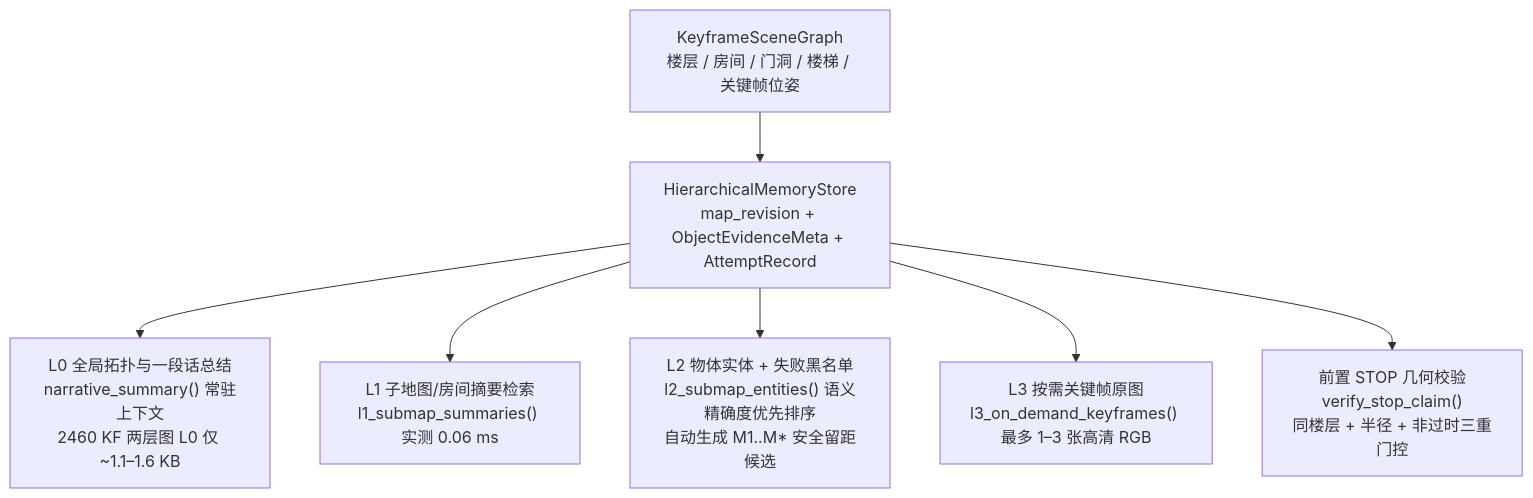
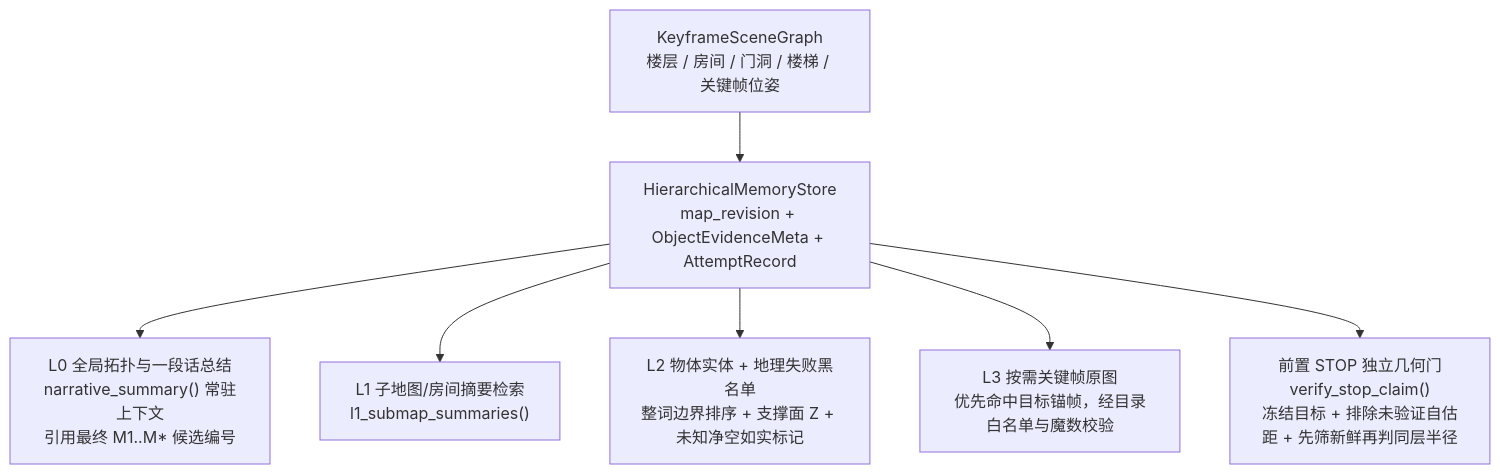
One commit to hk865/embodied-navigation changed the diagram in docs/agent-tutorial/03_hierarchical_memory_6zone_context_and_eval.md. Above: the diagram before and after it, drawn with Mermaid. The commit also changed other lines of this file and 16 other files, not shown here.

````diff
--- a/docs/agent-tutorial/03_hierarchical_memory_6zone_context_and_eval.md
+++ b/docs/agent-tutorial/03_hierarchical_memory_6zone_context_and_eval.md
@@ -24,9 +24,9 @@
 ```mermaid
 flowchart TB
     SG["KeyframeSceneGraph<br/>楼层 / 房间 / 门洞 / 楼梯 / 关键帧位姿"] --> HM["HierarchicalMemoryStore<br/>map_revision + ObjectEvidenceMeta + AttemptRecord"]
-    HM --> L0["L0 全局拓扑与一段话总结<br/>narrative_summary() 常驻上下文<br/>2460 KF 两层图 L0 仅 ~1.1–1.6 KB"]
-    HM --> L1["L1 子地图/房间摘要检索<br/>l1_submap_summaries() 实测 0.06 ms"]
-    HM --> L2["L2 物体实体 + 失败黑名单<br/>l2_submap_entities() 语义精确度优先排序<br/>自动生成 M1..M* 安全留距候选"]
-    HM --> L3["L3 按需关键帧原图<br/>l3_on_demand_keyframes() 最多 1–3 张高清 RGB"]
-    HM --> STOP["前置 STOP 几何校验<br/>verify_stop_claim()<br/>同楼层 + 半径 + 非过时三重门控"]
+    HM --> L0["L0 全局拓扑与一段话总结<br/>narrative_summary() 常驻上下文<br/>引用最终 M1..M* 候选编号"]
+    HM --> L1["L1 子地图/房间摘要检索<br/>l1_submap_summaries()"]
+    HM --> L2["L2 物体实体 + 地理失败黑名单<br/>整词边界排序 + 支撑面 Z + 未知净空如实标记"]
+    HM --> L3["L3 按需关键帧原图<br/>优先命中目标锚帧，经目录白名单与魔数校验"]
+    HM --> STOP["前置 STOP 独立几何门<br/>verify_stop_claim()<br/>冻结目标 + 排除未验证自估距 + 先筛新鲜再判同层半径"]
 ```
````
